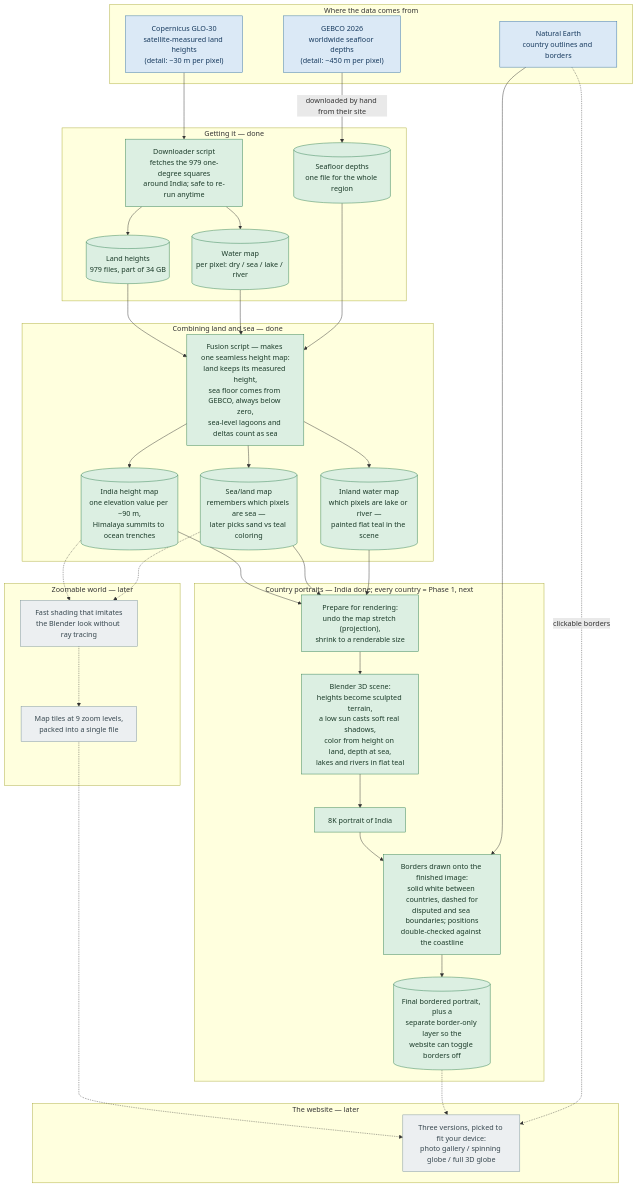
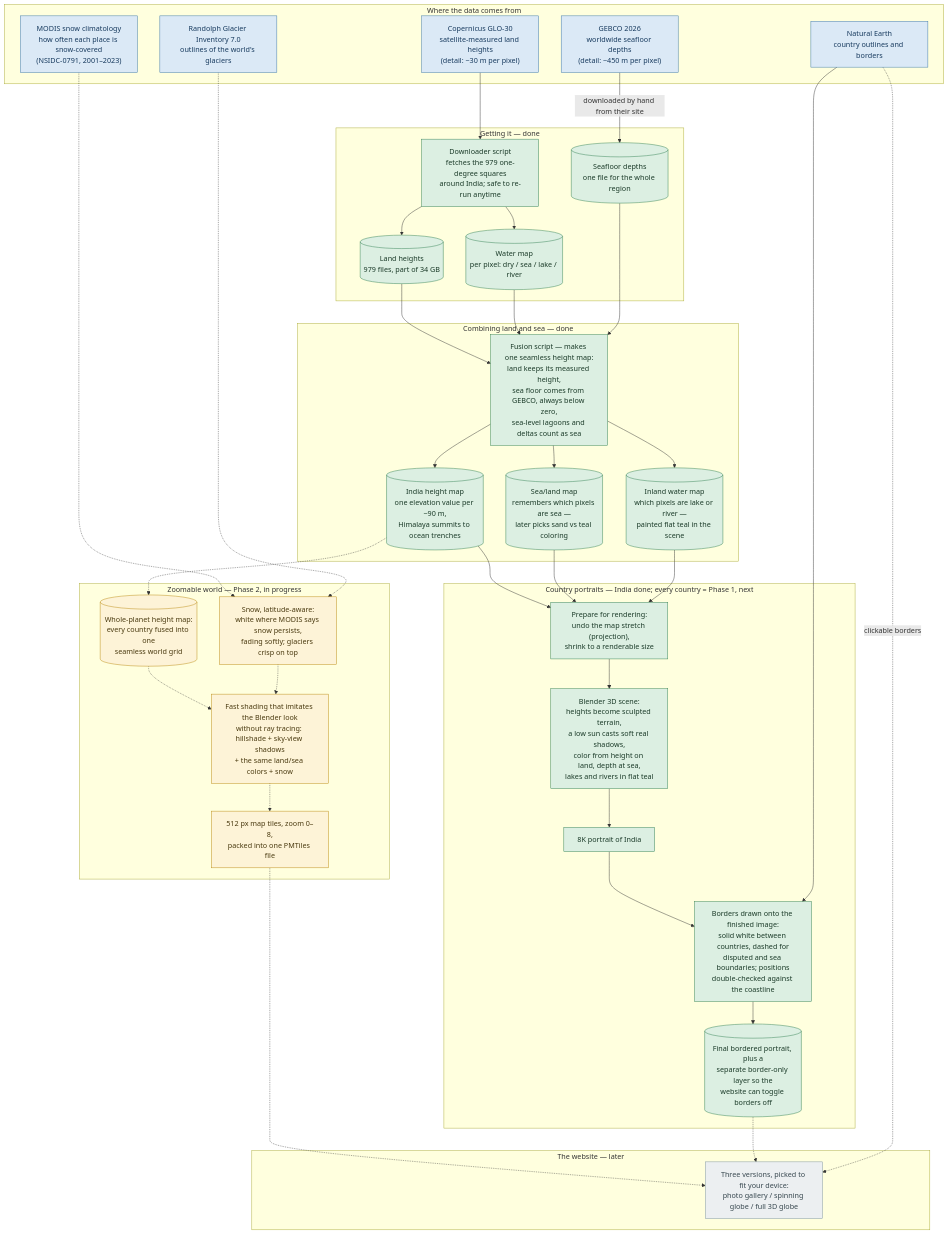
The diagram in docs/pipeline-overview.mmd (Alchez/terrella), drawn with Mermaid before and after one commit. The commit also changed 16 other files, not shown here.

```diff
--- a/docs/pipeline-overview.mmd
+++ b/docs/pipeline-overview.mmd
@@ -1,78 +1,86 @@
 flowchart TD
 
   subgraph SRC["Where the data comes from"]
     S1["Copernicus GLO-30<br/>satellite-measured land heights<br/>(detail: ~30 m per pixel)"]
     S2["GEBCO 2026<br/>worldwide seafloor depths<br/>(detail: ~450 m per pixel)"]
     S3["Natural Earth<br/>country outlines and borders"]
+    S4["MODIS snow climatology<br/>how often each place is snow-covered<br/>(NSIDC-0791, 2001–2023)"]
+    S5["Randolph Glacier Inventory 7.0<br/>outlines of the world's glaciers"]
   end
 
   subgraph ACQ["Getting it — done"]
     D1["Downloader script<br/>fetches the 979 one-degree squares<br/>around India; safe to re-run anytime"]
     R1[("Land heights<br/>979 files, part of 34 GB")]
     R2[("Water map<br/>per pixel: dry / sea / lake / river")]
     R3[("Seafloor depths<br/>one file for the whole region")]
   end
 
   S1 --> D1
   D1 --> R1
   D1 --> R2
   S2 -->|downloaded by hand from their site| R3
 
   subgraph FUSE["Combining land and sea — done"]
     F["Fusion script — makes one seamless height map:<br/>land keeps its measured height,<br/>sea floor comes from GEBCO, always below zero,<br/>sea-level lagoons and deltas count as sea"]
     O1[("India height map<br/>one elevation value per ~90 m,<br/>Himalaya summits to ocean trenches")]
     O2[("Sea/land map<br/>remembers which pixels are sea —<br/>later picks sand vs teal coloring")]
     O3[("Inland water map<br/>which pixels are lake or river —<br/>painted flat teal in the scene")]
   end
 
   R1 --> F
   R2 --> F
   R3 --> F
   F --> O1
   F --> O2
   F --> O3
 
   subgraph HERO["Country portraits — India done; every country = Phase 1, next"]
     P["Prepare for rendering:<br/>undo the map stretch (projection),<br/>shrink to a renderable size"]
     B["Blender 3D scene:<br/>heights become sculpted terrain,<br/>a low sun casts soft real shadows,<br/>color from height on land, depth at sea,<br/>lakes and rivers in flat teal"]
     H8["8K portrait of India"]
     OV["Borders drawn onto the finished image:<br/>solid white between countries, dashed for<br/>disputed and sea boundaries; positions<br/>double-checked against the coastline"]
     HF[("Final bordered portrait, plus a<br/>separate border-only layer so the<br/>website can toggle borders off")]
   end
 
   O1 --> P
   O2 --> P
   O3 --> P
   P --> B
   B --> H8
   H8 --> OV
   S3 --> OV
   OV --> HF
 
-  subgraph TILES["Zoomable world — later"]
-    T1["Fast shading that imitates<br/>the Blender look without ray tracing"]
-    T2["Map tiles at 9 zoom levels,<br/>packed into a single file"]
+  subgraph TILES["Zoomable world — Phase 2, in progress"]
+    PF[("Whole-planet height map:<br/>every country fused into one<br/>seamless world grid")]
+    T3["Snow, latitude-aware:<br/>white where MODIS says snow persists,<br/>fading softly; glaciers crisp on top"]
+    T1["Fast shading that imitates the Blender look<br/>without ray tracing: hillshade + sky-view shadows<br/>+ the same land/sea colors + snow"]
+    T2["512 px map tiles, zoom 0–8,<br/>packed into one PMTiles file"]
   end
 
-  O1 -.-> T1
-  O2 -.-> T1
+  O1 -.-> PF
+  PF -.-> T1
+  S4 -.-> T3
+  S5 -.-> T3
+  T3 -.-> T1
   T1 -.-> T2
 
   subgraph SITE["The website — later"]
     W["Three versions, picked to fit your device:<br/>photo gallery / spinning globe / full 3D globe"]
   end
 
   T2 -.-> W
   HF -.-> W
   S3 -.->|clickable borders| W
 
   classDef ext fill:#dbe9f6,stroke:#3572a5,color:#173a5e
   classDef done fill:#dcefe2,stroke:#2e7d4f,color:#1a3a28
   classDef next fill:#fdf3d7,stroke:#b8860b,color:#4a3a10
   classDef plan fill:#eceff1,stroke:#78909c,color:#37474f
 
-  class S1,S2,S3 ext
+  class S1,S2,S3,S4,S5 ext
   class D1,R1,R2,R3 done
   class F,O1,O2,O3 done
   class P,B,H8,OV,HF done
-  class T1,T2,W plan
+  class PF,T1,T2,T3 next
+  class W plan
```
